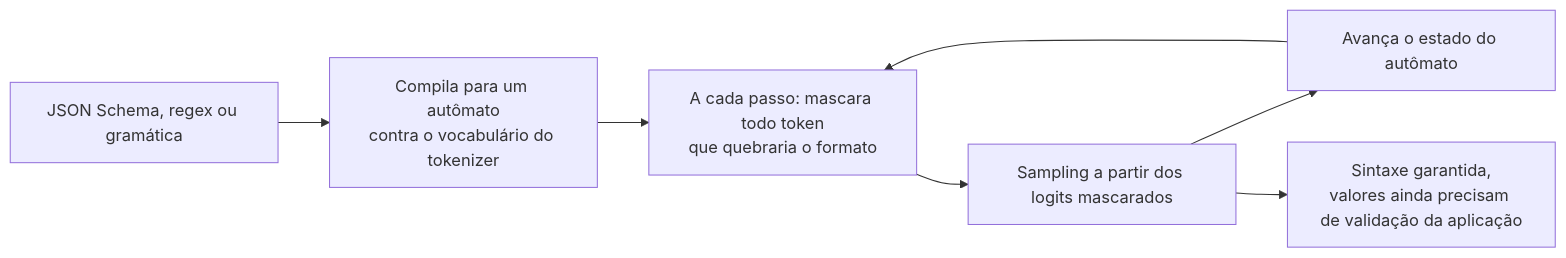
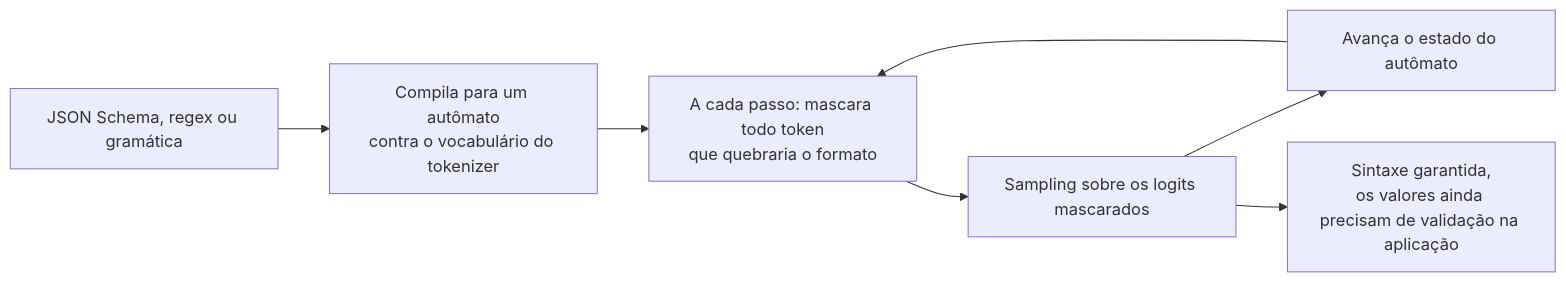
Diagram 20 of 28 in 08-inference-and-production/questions.pt-BR.md (andrevberaldo/AI-Engineer-Interview-Questions), drawn with Mermaid before and after one commit. The commit also changed other lines of this file and 1 other file, not shown here.

````diff
--- a/08-inference-and-production/questions.pt-BR.md
+++ b/08-inference-and-production/questions.pt-BR.md
@@ -1142,9 +1142,9 @@
 ```mermaid
 flowchart LR
     S["JSON Schema, regex ou gramática"] --> A["Compila para um autômato<br/>contra o vocabulário do tokenizer"]
     A --> M["A cada passo: mascara todo token<br/>que quebraria o formato"]
-    M --> SM["Sampling a partir dos logits mascarados"]
+    M --> SM["Sampling sobre os logits mascarados"]
     SM --> ADV["Avança o estado do autômato"]
     ADV --> M
-    SM --> OUT["Sintaxe garantida,<br/>valores ainda precisam de validação da aplicação"]
+    SM --> OUT["Sintaxe garantida,<br/>os valores ainda precisam de validação na aplicação"]
 ```
````
